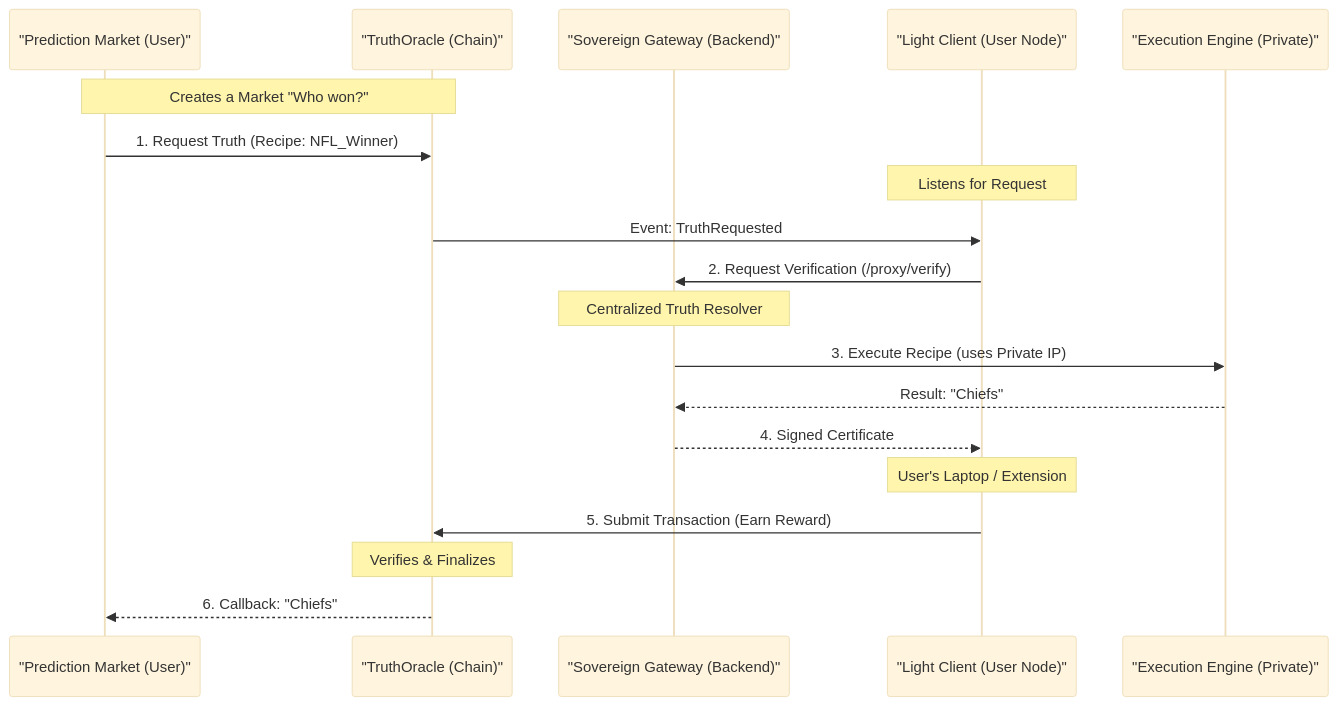
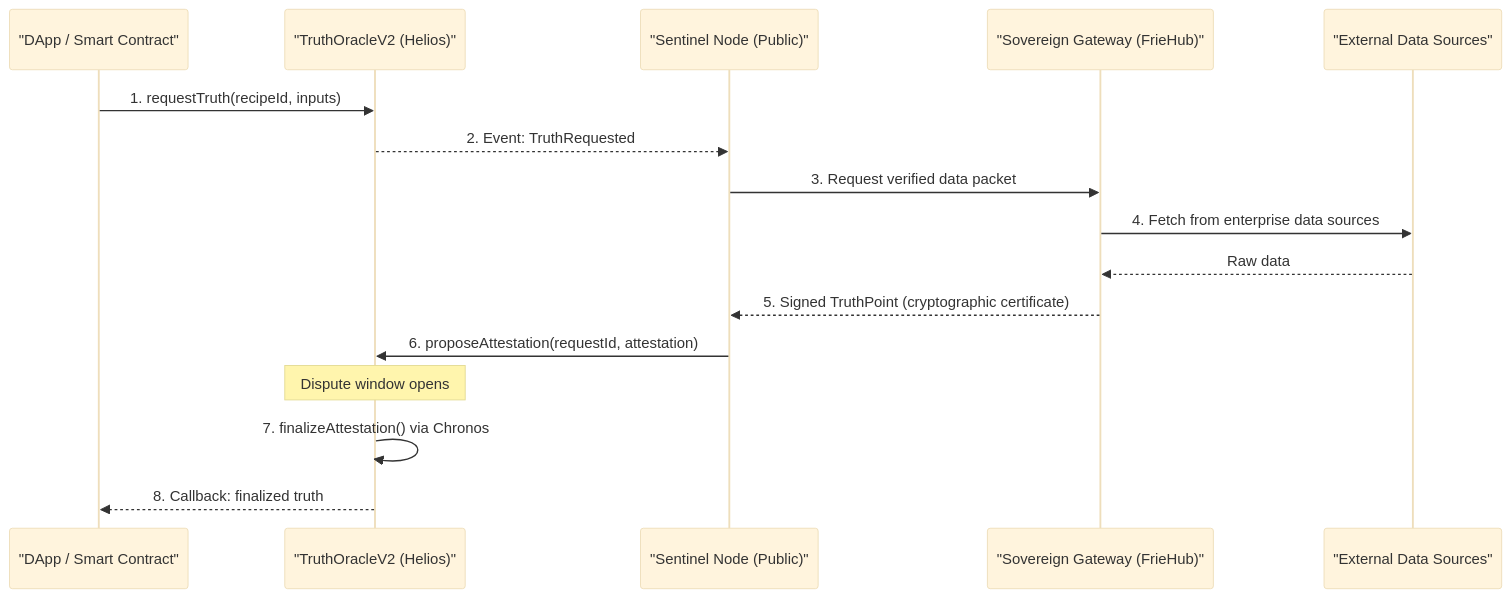
Before and after one commit to Friehub/Taas_fronted: the first of 2 diagrams in apps/documentation/core/architecture.md, drawn with Mermaid (base theme). The commit also changed other lines of this file and 6 other files, not shown here.

````diff
--- a/apps/documentation/core/architecture.md
+++ b/apps/documentation/core/architecture.md
@@ -9,28 +9,19 @@
 ```mermaid
 sequenceDiagram
-    participant App as "Prediction Market (User)"
-    participant Contract as "TruthOracle (Chain)"
-    participant Gateway as "Sovereign Gateway (Backend)"
-    participant Network as "Light Client (User Node)"
-    participant Engine as "Execution Engine (Private)"
+    participant Consumer as "DApp / Smart Contract"
+    participant Oracle as "TruthOracleV2 (Helios)"
+    participant Sentinel as "Sentinel Node (Public)"
+    participant Gateway as "Sovereign Gateway (FrieHub)"
+    participant APIs as "External Data Sources"
 
-    Note over App,Contract: Creates a Market "Who won?"
-    App->>Contract: 1. Request Truth (Recipe: NFL_Winner)
-    
-    Note over Network: Listens for Request
-    Contract->>Network: Event: TruthRequested
-    
-    Network->>Gateway: 2. Request Verification (/proxy/verify)
-    Note over Gateway: Centralized Truth Resolver
-    
-    Gateway->>Engine: 3. Execute Recipe (uses Private IP)
-    Engine-->>Gateway: Result: "Chiefs"
-    
-    Gateway-->>Network: 4. Signed Certificate
-    
-    Note over Network: User's Laptop / Extension
-    Network->>Contract: 5. Submit Transaction (Earn Reward)
-    
-    Note over Contract: Verifies & Finalizes
-    Contract-->>App: 6. Callback: "Chiefs"
+    Consumer->>Oracle: 1. requestTruth(recipeId, inputs)
+    Oracle-->>Sentinel: 2. Event: TruthRequested
+    Sentinel->>Gateway: 3. Request verified data packet
+    Gateway->>APIs: 4. Fetch from enterprise data sources
+    APIs-->>Gateway: Raw data
+    Gateway-->>Sentinel: 5. Signed TruthPoint (cryptographic certificate)
+    Sentinel->>Oracle: 6. proposeAttestation(requestId, attestation)
+    Note over Oracle: Dispute window opens
+    Oracle->>Oracle: 7. finalizeAttestation() via Chronos
+    Oracle-->>Consumer: 8. Callback: finalized truth
 ```
````
